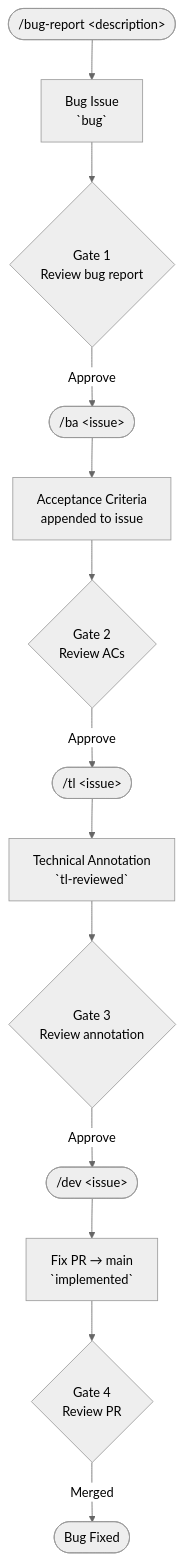
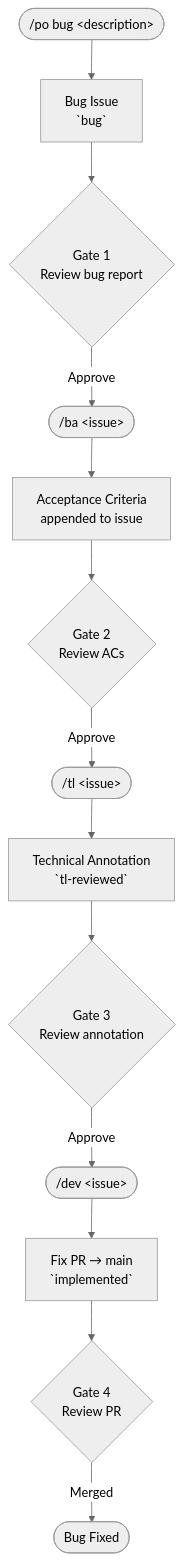
The second of 2 diagrams in README.md (simpscal/notism), drawn with Mermaid (neutral theme) before and after one commit. The commit also changed other lines of this file and 4 other files, not shown here.

Commit message:
refactor: move the bug-report to po

````diff
--- a/README.md
+++ b/README.md
@@ -101,15 +101,15 @@
 ```mermaid
 flowchart TD
-    A(["/bug-report &lt;description&gt;"]) --> B["Bug Issue<br/>`bug`"]
+    A(["/po bug &lt;description&gt;"]) --> B["Bug Issue<br/>`bug`"]
     B --> G1{Gate 1<br/>Review bug report}
     G1 -->|Approve| C(["/ba &lt;issue&gt;"])
     C --> D["Acceptance Criteria<br/>appended to issue"]
     D --> G2{Gate 2<br/>Review ACs}
     G2 -->|Approve| E(["/tl &lt;issue&gt;"])
     E --> F["Technical Annotation<br/>`tl-reviewed`"]
     F --> G3{Gate 3<br/>Review annotation}
     G3 -->|Approve| H(["/dev &lt;issue&gt;"])
     H --> I["Fix PR → main<br/>`implemented`"]
     I --> G4{Gate 4<br/>Review PR}
     G4 -->|Merged| J([Bug Fixed])
 ```
````
